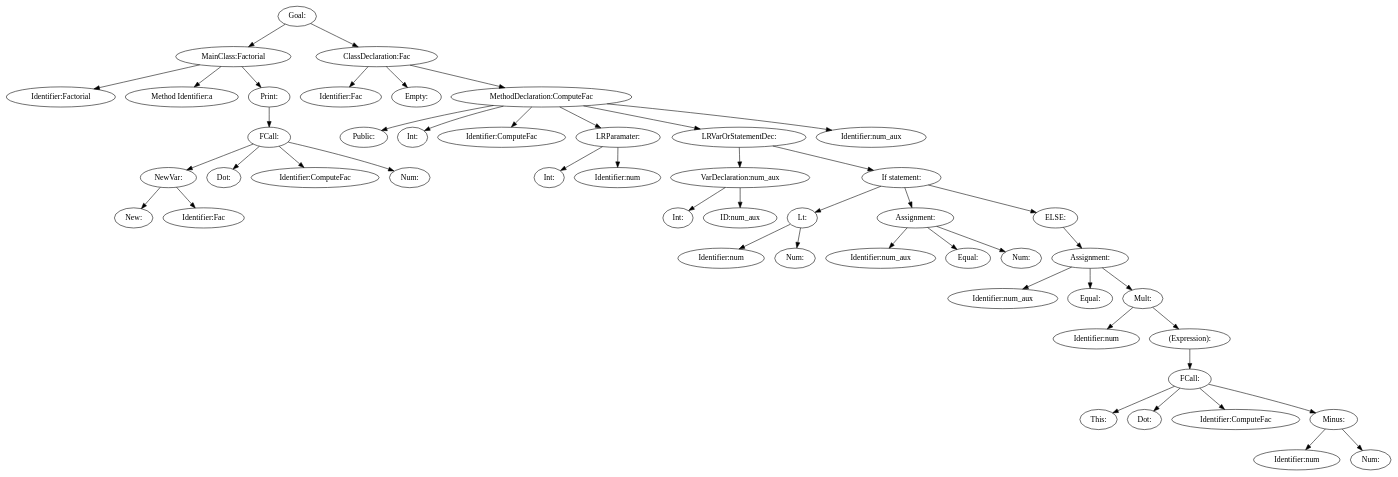
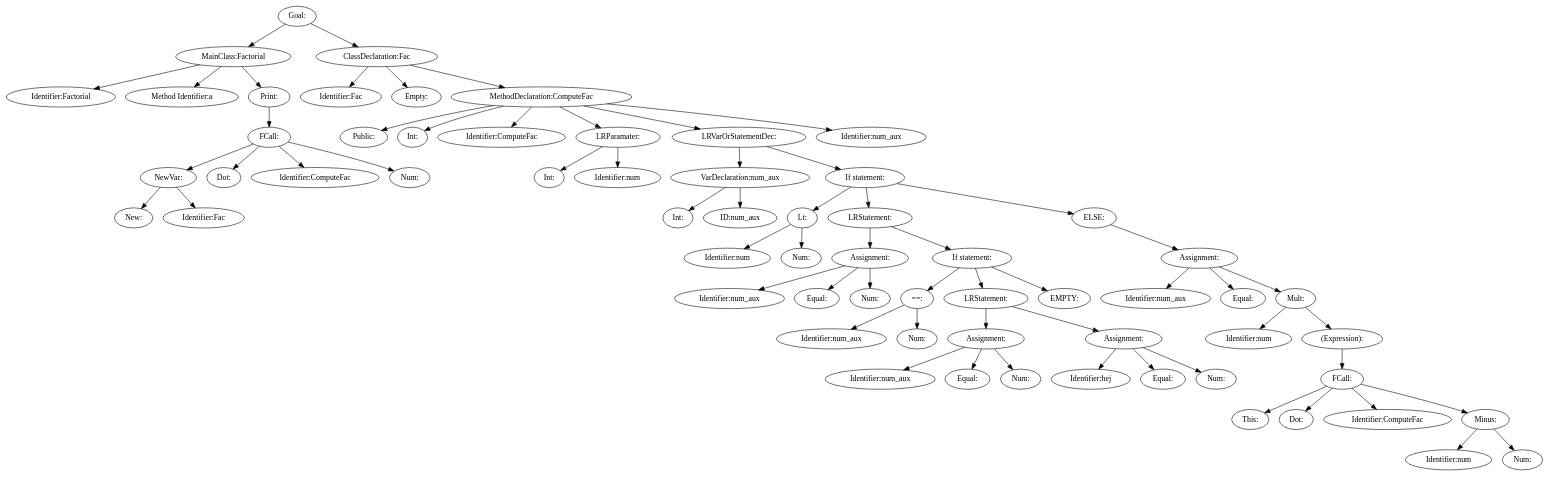
Before and after one commit to JakobAdamsson/Compiler-and-translation-technique: the diagram in assignment2/assignment/tree.dot, drawn with Graphviz. The commit also changed 7 other files, not shown here.

```diff
--- a/assignment2/assignment/tree.dot
+++ b/assignment2/assignment/tree.dot
@@ -1,99 +1,129 @@
 digraph {
 n0 [label="Goal:"];
 n1 [label="MainClass:Factorial"];
 n2 [label="Identifier:Factorial"];
 n1 -> n2
 n3 [label="Method Identifier:a"];
 n1 -> n3
 n4 [label="Print:"];
 n5 [label="FCall:"];
 n6 [label="NewVar:"];
 n7 [label="New:"];
 n6 -> n7
 n8 [label="Identifier:Fac"];
 n6 -> n8
 n5 -> n6
 n9 [label="Dot:"];
 n5 -> n9
 n10 [label="Identifier:ComputeFac"];
 n5 -> n10
 n11 [label="Num:"];
 n5 -> n11
 n4 -> n5
 n1 -> n4
 n0 -> n1
 n12 [label="ClassDeclaration:Fac"];
 n13 [label="Identifier:Fac"];
 n12 -> n13
 n14 [label="Empty:"];
 n12 -> n14
 n15 [label="MethodDeclaration:ComputeFac"];
 n16 [label="Public:"];
 n15 -> n16
 n17 [label="Int:"];
 n15 -> n17
 n18 [label="Identifier:ComputeFac"];
 n15 -> n18
 n19 [label="LRParamater:"];
 n20 [label="Int:"];
 n19 -> n20
 n21 [label="Identifier:num"];
 n19 -> n21
 n15 -> n19
 n22 [label="LRVarOrStatementDec:"];
 n23 [label="VarDeclaration:num_aux"];
 n24 [label="Int:"];
 n23 -> n24
 n25 [label="ID:num_aux"];
 n23 -> n25
 n22 -> n23
 n26 [label="If statement:"];
 n27 [label="Lt:"];
 n28 [label="Identifier:num"];
 n27 -> n28
 n29 [label="Num:"];
 n27 -> n29
 n26 -> n27
-n30 [label="Assignment:"];
-n31 [label="Identifier:num_aux"];
+n30 [label="LRStatement:"];
+n31 [label="Assignment:"];
+n32 [label="Identifier:num_aux"];
+n31 -> n32
+n33 [label="Equal:"];
+n31 -> n33
+n34 [label="Num:"];
+n31 -> n34
 n30 -> n31
-n32 [label="Equal:"];
-n30 -> n32
-n33 [label="Num:"];
-n30 -> n33
+n35 [label="If statement:"];
+n36 [label="==:"];
+n37 [label="Identifier:num_aux"];
+n36 -> n37
+n38 [label="Num:"];
+n36 -> n38
+n35 -> n36
+n39 [label="LRStatement:"];
+n40 [label="Assignment:"];
+n41 [label="Identifier:num_aux"];
+n40 -> n41
+n42 [label="Equal:"];
+n40 -> n42
+n43 [label="Num:"];
+n40 -> n43
+n39 -> n40
+n44 [label="Assignment:"];
+n45 [label="Identifier:hej"];
+n44 -> n45
+n46 [label="Equal:"];
+n44 -> n46
+n47 [label="Num:"];
+n44 -> n47
+n39 -> n44
+n35 -> n39
+n48 [label="EMPTY:"];
+n35 -> n48
+n30 -> n35
 n26 -> n30
-n34 [label="ELSE:"];
-n35 [label="Assignment:"];
-n36 [label="Identifier:num_aux"];
-n35 -> n36
-n37 [label="Equal:"];
-n35 -> n37
-n38 [label="Mult:"];
-n39 [label="Identifier:num"];
-n38 -> n39
-n40 [label="(Expression):"];
-n41 [label="FCall:"];
-n42 [label="This:"];
-n41 -> n42
-n43 [label="Dot:"];
-n41 -> n43
-n44 [label="Identifier:ComputeFac"];
-n41 -> n44
-n45 [label="Minus:"];
-n46 [label="Identifier:num"];
-n45 -> n46
-n47 [label="Num:"];
-n45 -> n47
-n41 -> n45
-n40 -> n41
-n38 -> n40
-n35 -> n38
-n34 -> n35
-n26 -> n34
+n49 [label="ELSE:"];
+n50 [label="Assignment:"];
+n51 [label="Identifier:num_aux"];
+n50 -> n51
+n52 [label="Equal:"];
+n50 -> n52
+n53 [label="Mult:"];
+n54 [label="Identifier:num"];
+n53 -> n54
+n55 [label="(Expression):"];
+n56 [label="FCall:"];
+n57 [label="This:"];
+n56 -> n57
+n58 [label="Dot:"];
+n56 -> n58
+n59 [label="Identifier:ComputeFac"];
+n56 -> n59
+n60 [label="Minus:"];
+n61 [label="Identifier:num"];
+n60 -> n61
+n62 [label="Num:"];
+n60 -> n62
+n56 -> n60
+n55 -> n56
+n53 -> n55
+n50 -> n53
+n49 -> n50
+n26 -> n49
 n22 -> n26
 n15 -> n22
-n48 [label="Identifier:num_aux"];
-n15 -> n48
+n63 [label="Identifier:num_aux"];
+n15 -> n63
 n12 -> n15
 n0 -> n12
 }
```
